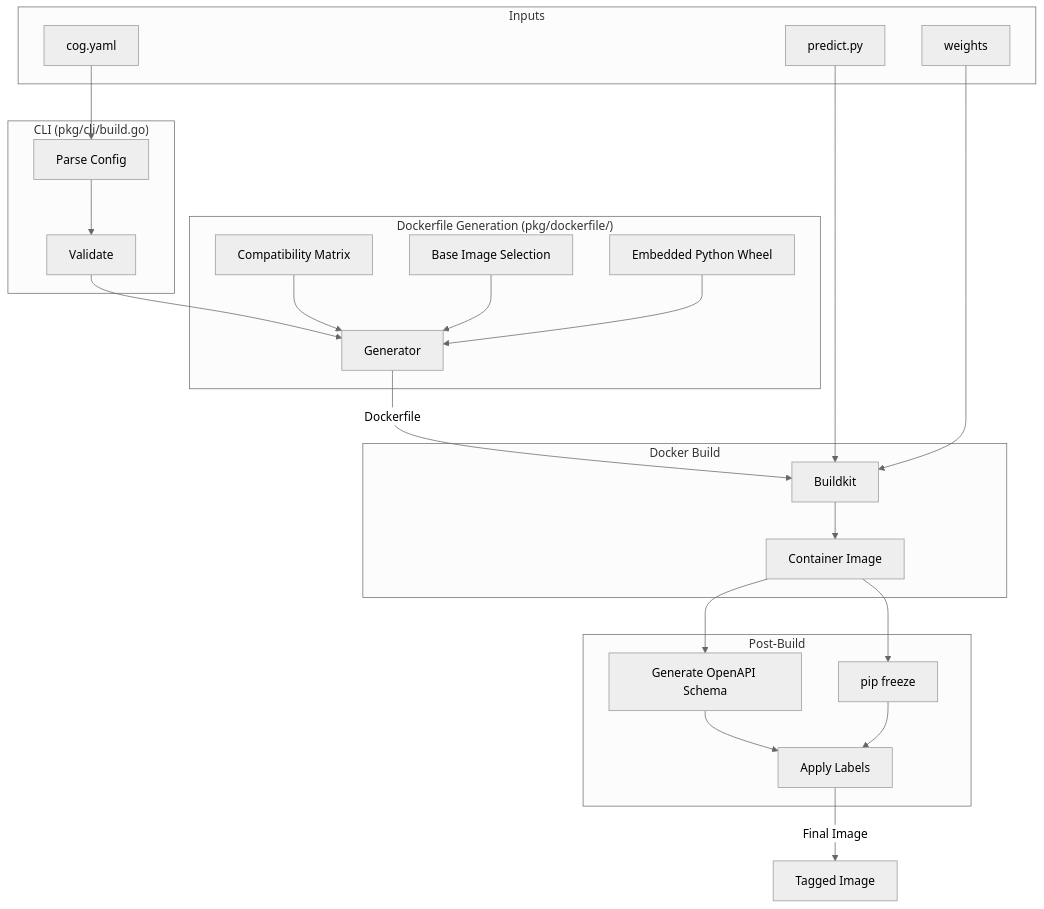
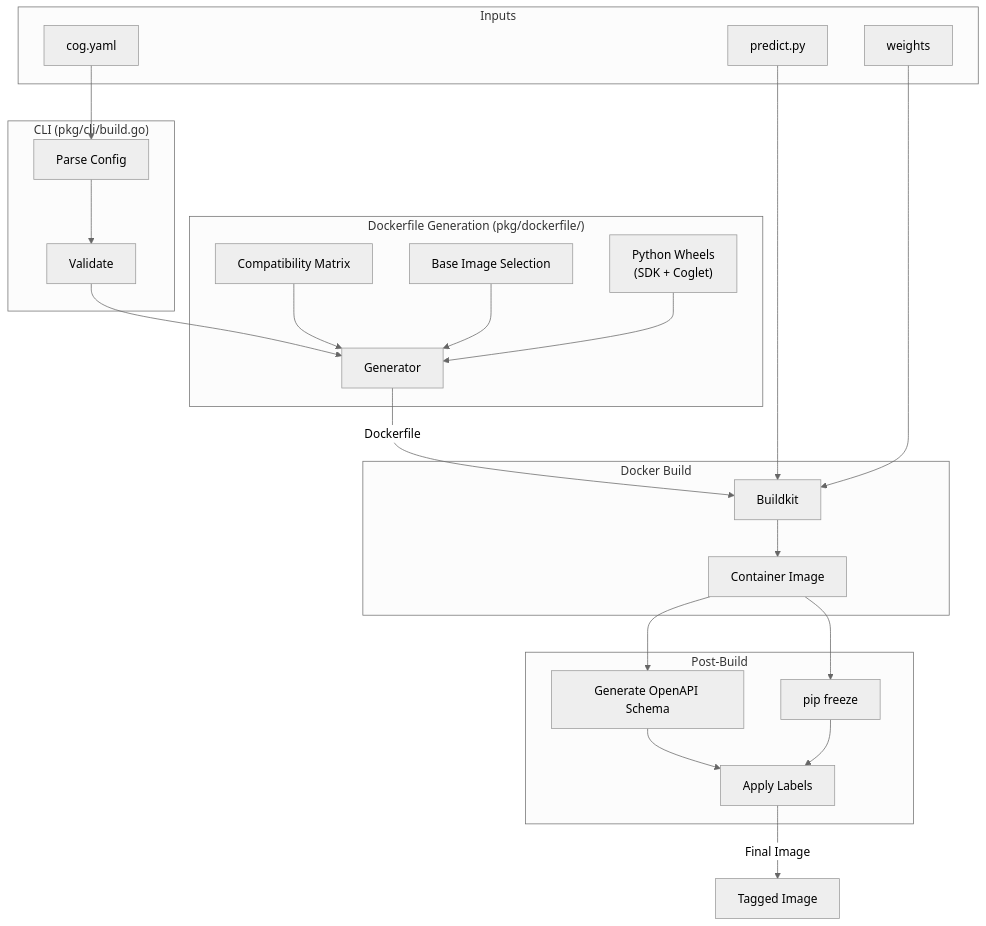
Before and after one commit to rdhanarot/cog: the first of 3 diagrams in architecture/05-build-system.md, drawn with Mermaid (neutral theme). The commit also changed other lines of this file and 12 other files, not shown here.

First line of the commit message:
Update architecture docs to match the codebase (#2856)

````diff
--- a/architecture/05-build-system.md
+++ b/architecture/05-build-system.md
@@ -7,46 +7,46 @@
 ```mermaid
 flowchart TB
     subgraph input["Inputs"]
         yaml["cog.yaml"]
         code["predict.py"]
         weights["weights"]
     end
     
     subgraph cli["CLI (pkg/cli/build.go)"]
         parse["Parse Config"]
         validate["Validate"]
     end
     
     subgraph generate["Dockerfile Generation (pkg/dockerfile/)"]
         generator["Generator"]
         baseimage["Base Image Selection"]
         compat["Compatibility Matrix"]
-        wheel["Embedded Python Wheel"]
+        wheel["Python Wheels<br/>(SDK + Coglet)"]
     end
     
     subgraph docker["Docker Build"]
         buildkit["Buildkit"]
         image["Container Image"]
     end
     
     subgraph post["Post-Build"]
         schema["Generate OpenAPI Schema"]
         freeze["pip freeze"]
         labels["Apply Labels"]
     end
     
     yaml --> parse --> validate
     validate --> generator
     compat --> generator
     baseimage --> generator
     wheel --> generator
     generator -->|"Dockerfile"| buildkit
     code --> buildkit
     weights --> buildkit
     buildkit --> image
     image --> schema
     image --> freeze
     schema --> labels
     freeze --> labels
     labels -->|"Final Image"| output["Tagged Image"]
 ```
````
